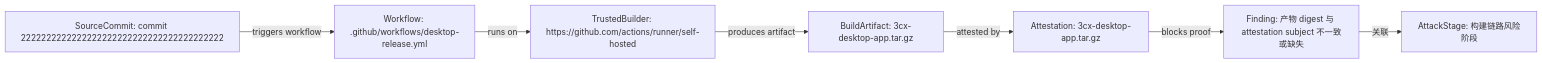
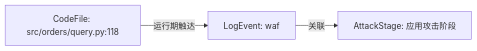
Before and after one commit to HEIBAI198/Security: the fifth of 5 diagrams in storage/workspaces/ws_20260625_151609_10bf1b74/report.md, drawn with Mermaid. The commit also changed other lines of this file and 101 other files, not shown here.

````diff
--- a/storage/workspaces/ws_20260625_151609_10bf1b74/report.md
+++ b/storage/workspaces/ws_20260625_151609_10bf1b74/report.md
@@ -138,16 +270,8 @@
 ```mermaid
 flowchart LR
-  N1["SourceCommit: commit 2222222222222222222222222222222222222222"]
-  N2["Workflow: .github/workflows/desktop-release.yml"]
-  N3["TrustedBuilder: https://github.com/actions/runner/self-hosted"]
-  N4["BuildArtifact: 3cx-desktop-app.tar.gz"]
-  N5["Attestation: 3cx-desktop-app.tar.gz"]
-  N6["Finding: 产物 digest 与 attestation subject 不一致或缺失"]
-  N7["AttackStage: 构建链路风险阶段"]
-  N1 -->|triggers workflow| N2
-  N2 -->|runs on| N3
-  N3 -->|produces artifact| N4
-  N4 -->|attested by| N5
-  N5 -->|blocks proof| N6
-  N6 -->|关联| N7
+  N1["CodeFile: src/orders/query.py:118"]
+  N2["LogEvent: waf"]
+  N3["AttackStage: 应用攻击阶段"]
+  N1 -->|运行期触达| N2
+  N2 -->|关联| N3
 ```
````
